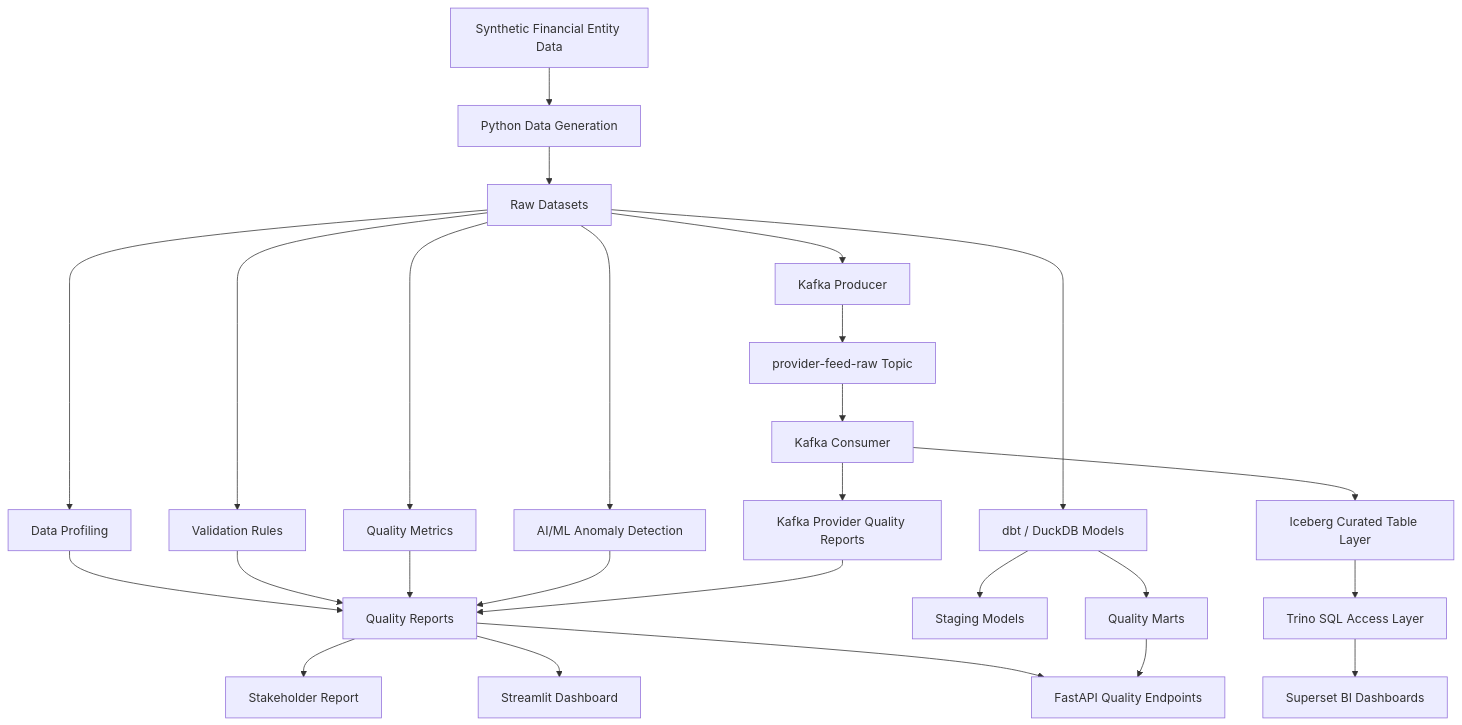
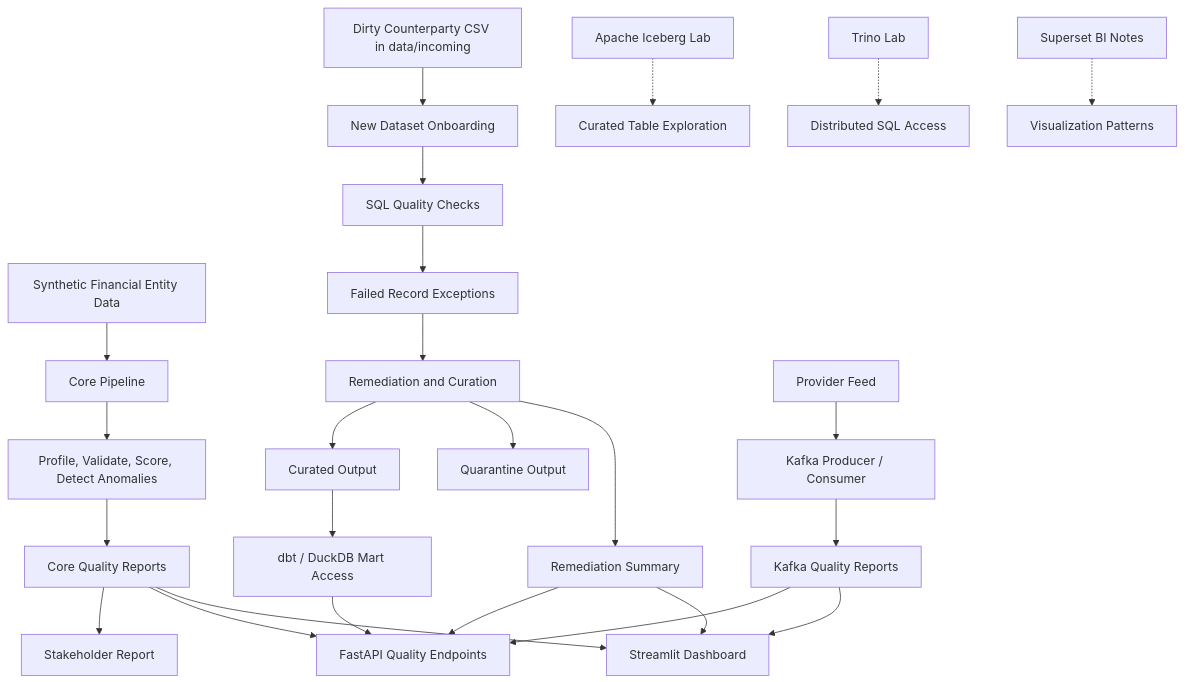
The diagram in README.md (martinktay/entityq-financial-data-quality-framework), drawn with Mermaid before and after one commit. The commit also changed other lines of this file, not shown here.

````diff
--- a/README.md
+++ b/README.md
@@ -351,35 +23,31 @@
 ```mermaid
 flowchart TD
-    A[Synthetic Financial Entity Data] --> B[Python Data Generation]
-    B --> C[Raw Datasets]
+    A[Synthetic Financial Entity Data] --> B[Core Pipeline]
+    B --> C[Profile, Validate, Score, Detect Anomalies]
+    C --> D[Core Quality Reports]
+    D --> E[Stakeholder Report]
+    D --> F[FastAPI Quality Endpoints]
+    D --> G[Streamlit Dashboard]
 
-    C --> D[Data Profiling]
-    C --> E[Validation Rules]
-    C --> F[Quality Metrics]
-    C --> G[AI/ML Anomaly Detection]
+    H[Dirty Counterparty CSV in data/incoming] --> I[New Dataset Onboarding]
+    I --> J[SQL Quality Checks]
+    J --> K[Failed Record Exceptions]
+    K --> L[Remediation and Curation]
+    L --> M[Curated Output]
+    L --> N[Quarantine Output]
+    L --> O[Remediation Summary]
+    O --> F
+    O --> G
 
-    D --> H[Quality Reports]
-    E --> H
-    F --> H
-    G --> H
+    P[Provider Feed] --> Q[Kafka Producer / Consumer]
+    Q --> R[Kafka Quality Reports]
+    R --> F
+    R --> G
 
-    H --> I[Stakeholder Report]
-    H --> J[Streamlit Dashboard]
-    H --> K[FastAPI Quality Endpoints]
+    M --> S[dbt / DuckDB Mart Access]
+    S --> F
 
-    C --> L[dbt / DuckDB Models]
-    L --> M[Staging Models]
-    L --> N[Quality Marts]
-    N --> K
-
-    C --> O[Kafka Producer]
-    O --> P[provider-feed-raw Topic]
-    P --> Q[Kafka Consumer]
-    Q --> R[Kafka Provider Quality Reports]
-
-    R --> H
-
-    Q --> S[Iceberg Curated Table Layer]
-    S --> T[Trino SQL Access Layer]
-    T --> U[Superset BI Dashboards]
+    T[Apache Iceberg Lab] -.-> U[Curated Table Exploration]
+    V[Trino Lab] -.-> W[Distributed SQL Access]
+    X[Superset BI Notes] -.-> Y[Visualization Patterns]
 ```
````
